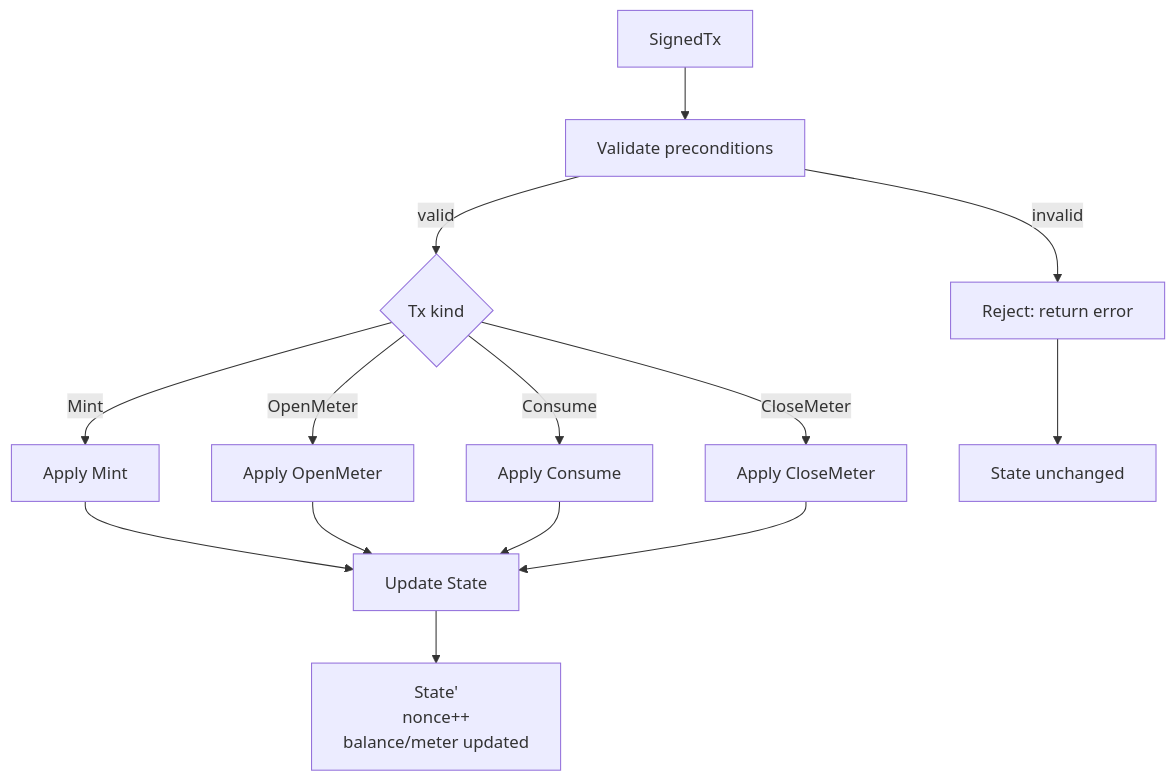
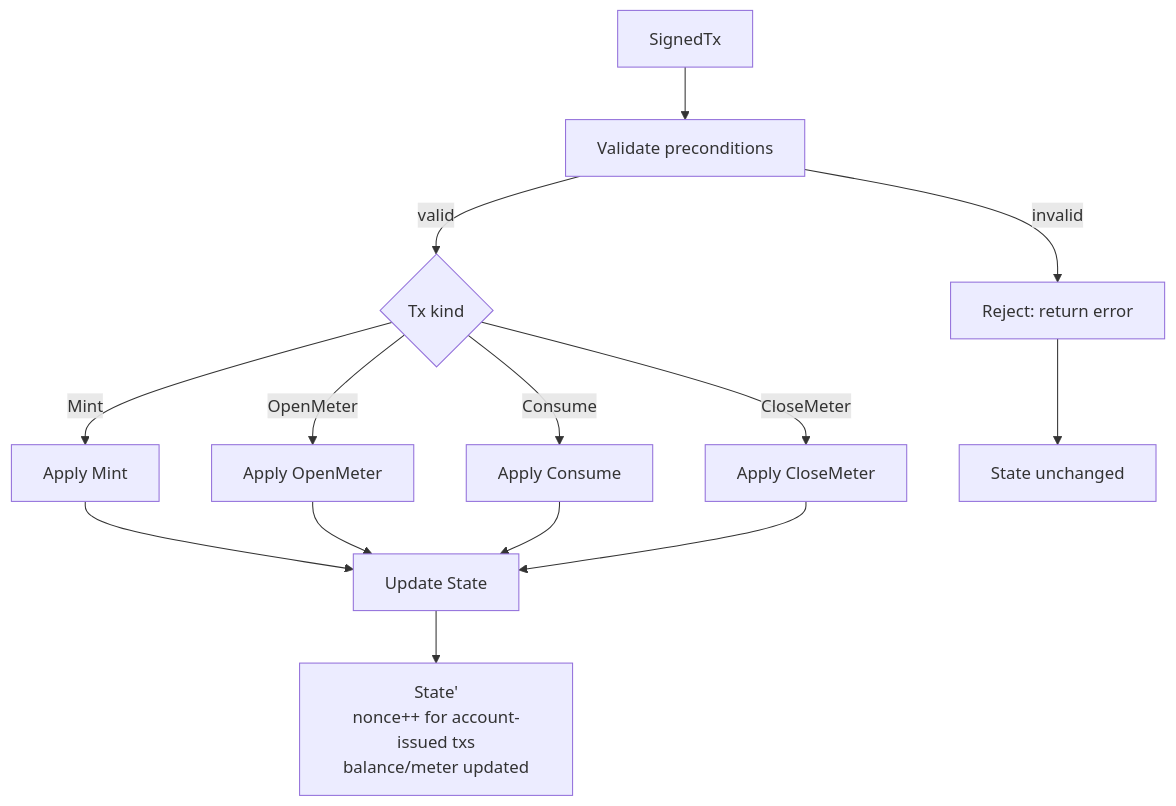
The diagram in docs/domain_spec.md (egpivo/metering-chain), drawn with Mermaid before and after one commit. The commit also changed other lines of this file and 2 other files, not shown here.

````diff
--- a/docs/domain_spec.md
+++ b/docs/domain_spec.md
@@ -134,16 +135,16 @@
 ```mermaid
 flowchart TD
     A[SignedTx] --> B[Validate preconditions]
     B -->|invalid| X[Reject: return error]
     B -->|valid| C{Tx kind}
     C -->|Mint| M[Apply Mint]
     C -->|OpenMeter| O[Apply OpenMeter]
     C -->|Consume| U[Apply Consume]
     C -->|CloseMeter| Z[Apply CloseMeter]
     M --> S[Update State]
     O --> S
     U --> S
     Z --> S
-    S --> N[State'<br/>nonce++<br/>balance/meter updated]
+    S --> N[State'<br/>nonce++ for account-issued txs<br/>balance/meter updated]
     X --> E[State unchanged]
 ```
````
